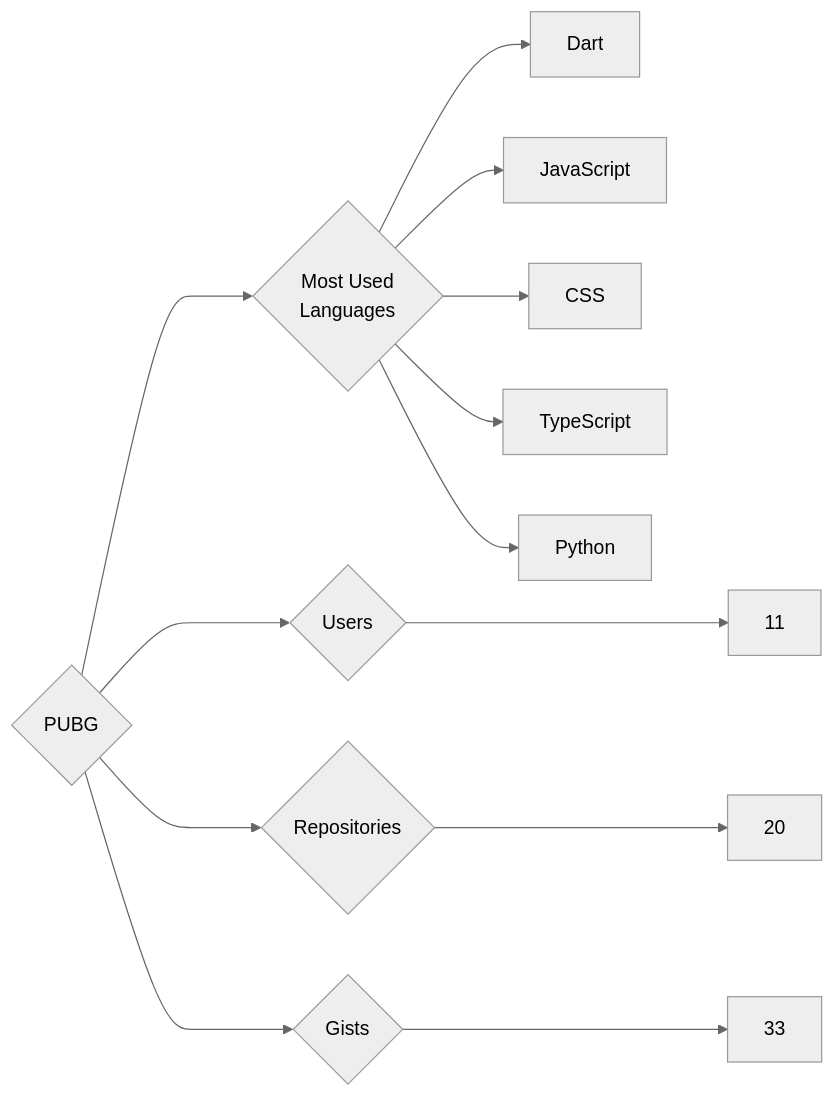
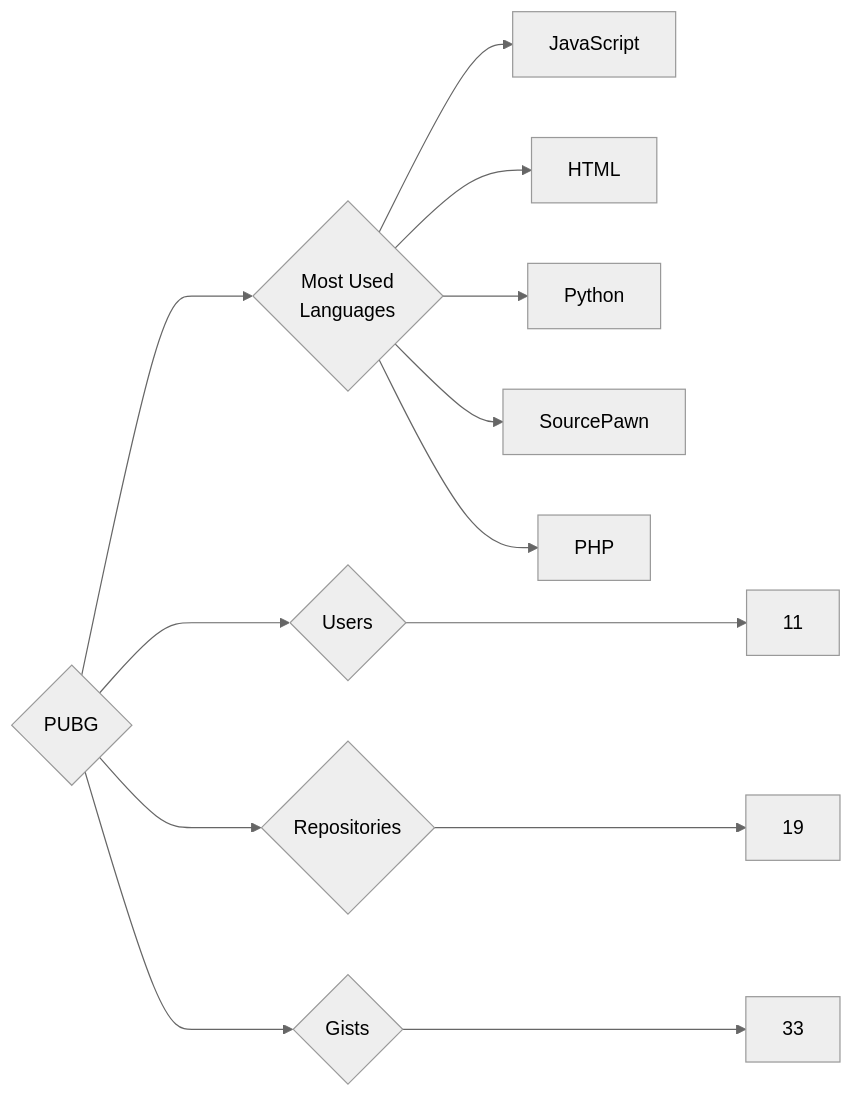
The diagram in targets/PUBG/README.md (trickest/insiders), drawn with Mermaid (neutral theme) before and after one commit. The commit also changed 948 other files, not shown here.

````diff
--- a/targets/PUBG/README.md
+++ b/targets/PUBG/README.md
@@ -3,13 +3,13 @@
 ```mermaid
 graph LR
 COMPANY_NAME{PUBG}
 COMPANY_NAME ---> U{Users} ---> UN[11]
-COMPANY_NAME ---> R{Repositories} ---> RN[20]
+COMPANY_NAME ---> R{Repositories} ---> RN[19]
 COMPANY_NAME ---> G{Gists} ---> GN[33]
 COMPANY_NAME ---> ML{Most Used<br>Languages}
-ML --> Dart[Dart]
 ML --> JavaScript[JavaScript]
-ML --> CSS[CSS]
-ML --> TypeScript[TypeScript]
+ML --> HTML[HTML]
 ML --> Python[Python]
+ML --> SourcePawn[SourcePawn]
+ML --> PHP[PHP]
 ```
````
